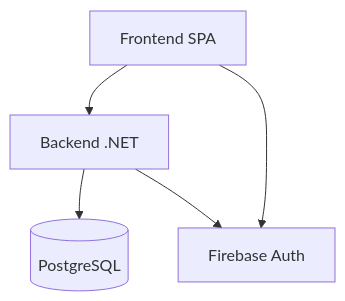
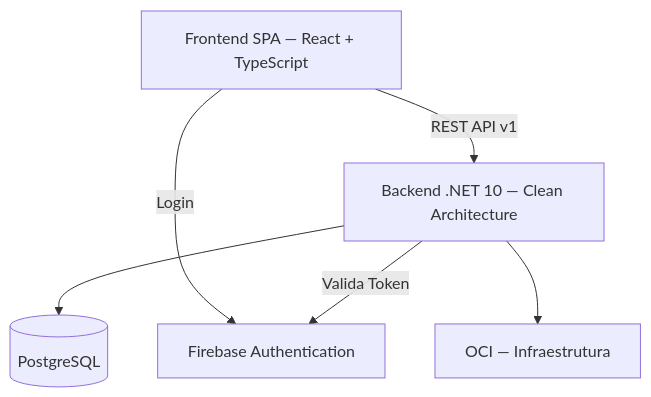
Before and after one commit to lucaslims/L2SLedger: the diagram in Architecture.md, drawn with Mermaid. The commit also changed other lines of this file and 7 other files, not shown here.

Commit message:
docs: Refactor documentation across the project: update README files for consistency, clarity, and alignment with ADRs; enhance structure and content in ai-driven, backend, frontend, and deployment docs; introduce new docs for better navigation and governance adherence.

````diff
--- a/Architecture.md
+++ b/Architecture.md
@@ -15,12 +11,14 @@
 ```mermaid
 graph TD
-  UI[Frontend SPA]
-  API[Backend .NET]
+  UI[Frontend SPA — React + TypeScript]
+  API[Backend .NET 10 — Clean Architecture]
   DB[(PostgreSQL)]
-  FB[Firebase Auth]
+  FB[Firebase Authentication]
+  OCI[OCI — Infraestrutura]
 
-  UI --> API
+  UI -->|REST API v1| API
   API --> DB
-  UI --> FB
-  API --> FB
+  UI -->|Login| FB
+  API -->|Valida Token| FB
+  API --> OCI
 ```
````
